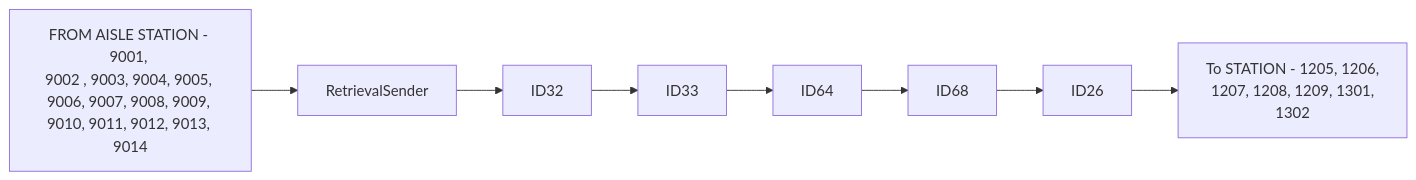
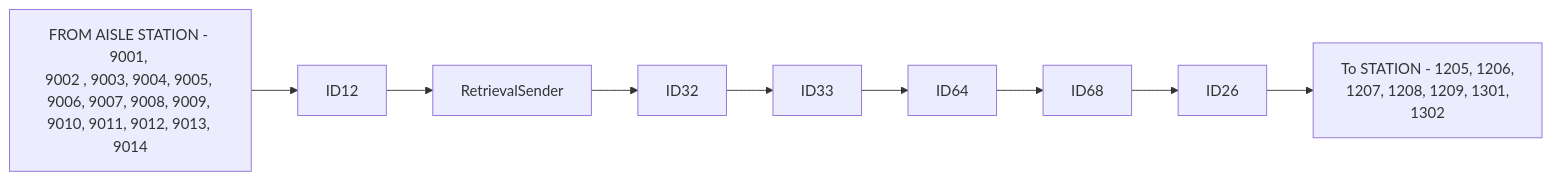
One commit to luthfiadityaa/SimeDarby-Wiki changed the first of 11 diagrams in Basic-Design/DFD-WMS/Retrieval/Unplanned-Retrieval-to-HP-Area.md. Above: the diagram before and after it, drawn with Mermaid.

Commit message:
Updated Unplanned Retrieval to HP Area

```diff
--- a/Basic-Design/DFD-WMS/Retrieval/Unplanned-Retrieval-to-HP-Area.md
+++ b/Basic-Design/DFD-WMS/Retrieval/Unplanned-Retrieval-to-HP-Area.md
@@ -8,11 +8,11 @@
 ::: mermaid
 flowchart LR
   
 P1[FROM AISLE STATION - 9001, 
 9002 , 9003, 9004, 9005, 
 9006, 9007, 9008, 9009, 
 9010, 9011, 9012, 9013, 
-9014]-->P2[RetrievalSender]-->P3[ID32]-->P4[ID33]-->P5[ID64]-->P6[ID68]-->P7[ID26]-->P8[To STATION - 1205, 1206, 
+9014]-->P21[ID12]-->P2[RetrievalSender]-->P3[ID32]-->P4[ID33]-->P5[ID64]-->P6[ID68]-->P7[ID26]-->P8[To STATION - 1205, 1206, 
 1207, 1208, 1209, 1301, 
 1302] 
 :::
```
